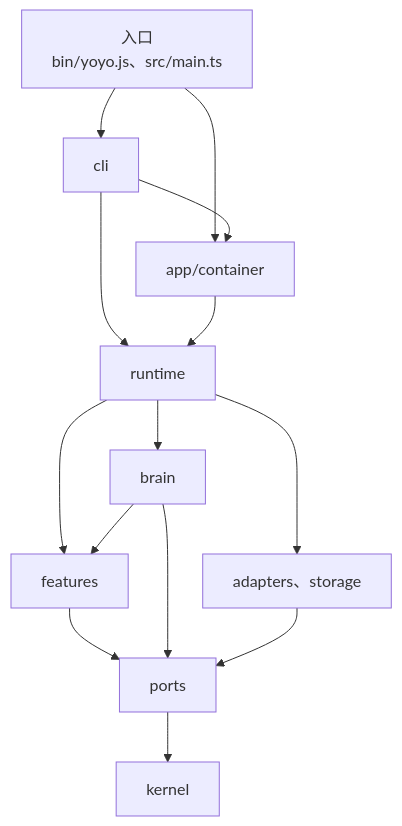
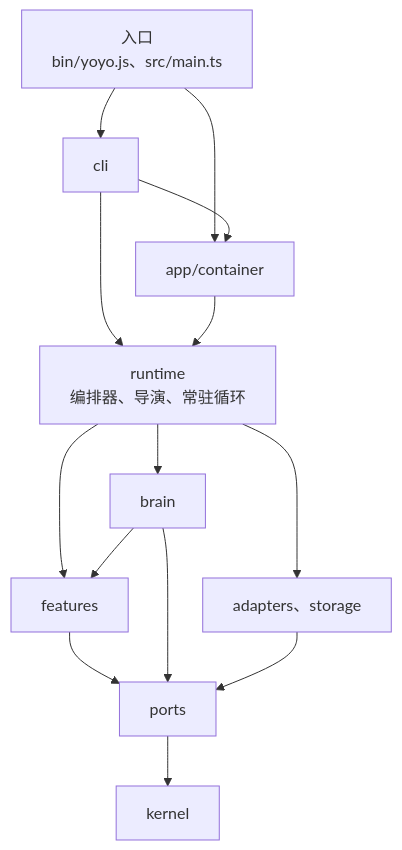
The first of 5 diagrams in docs/tech/architecture.md (modelctx-ai/yoyo), drawn with Mermaid before and after one commit. The commit also changed other lines of this file and 20 other files, not shown here.

````diff
--- a/docs/tech/architecture.md
+++ b/docs/tech/architecture.md
@@ -40,16 +49,16 @@
 ```mermaid
 flowchart TB
   entry["入口<br/>bin/yoyo.js、src/main.ts"] --> cli
   entry --> container["app/container"]
   cli --> container
   cli --> runtime
-  container --> runtime
+  container --> runtime["runtime<br/>编排器、导演、常驻循环"]
   runtime --> features
   runtime --> brain
   runtime --> adapters["adapters、storage"]
   brain --> features
   features --> ports
   brain --> ports
   adapters --> ports
   ports --> kernel
 ```
````
